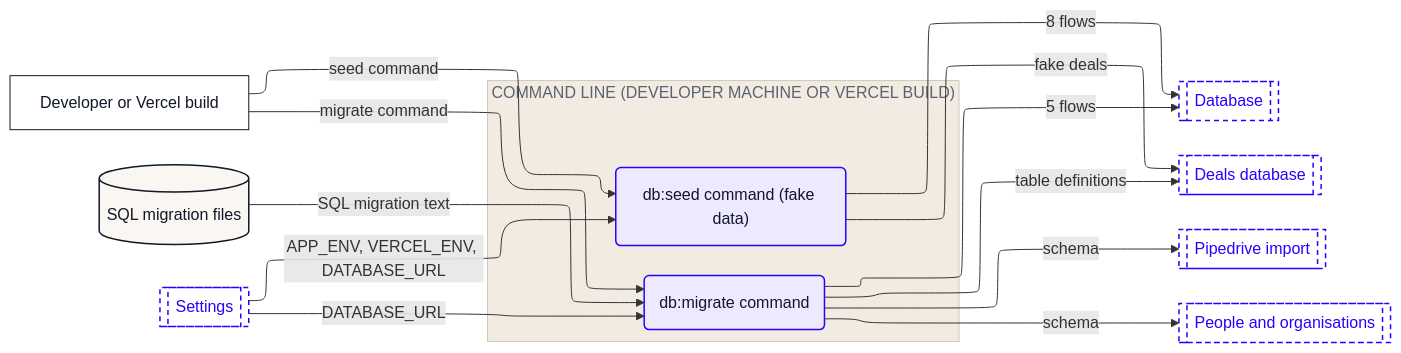
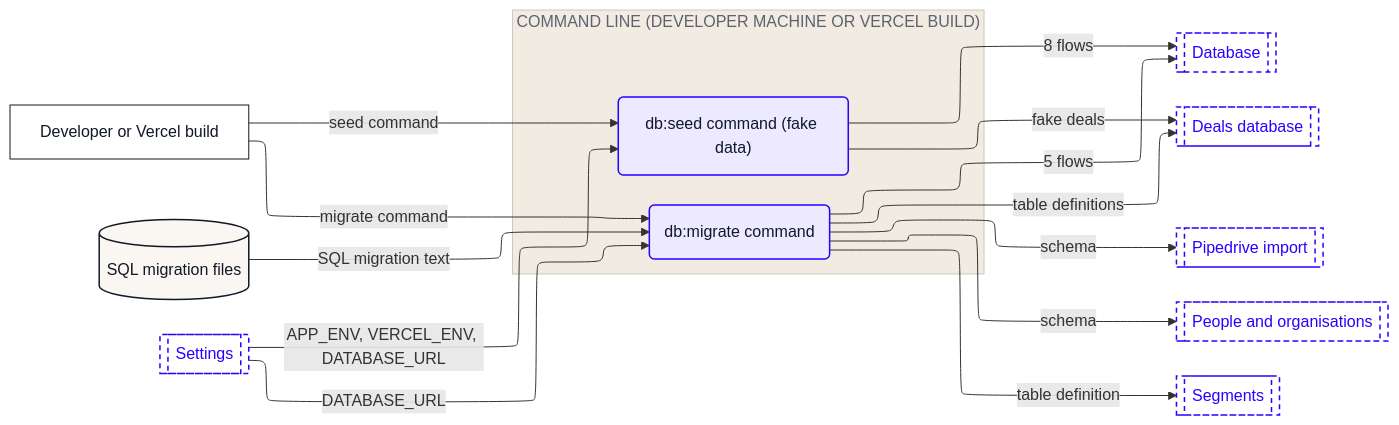
The fourth of 14 diagrams in dataflow/DATAFLOW.md (Romain-Perche/Barnacle-Pipe), drawn with Mermaid before and after one commit. The commit also changed other lines of this file and 10 other files, not shown here.

````diff
--- a/dataflow/DATAFLOW.md
+++ b/dataflow/DATAFLOW.md
@@ -292,40 +300,42 @@
 ```mermaid
 ---
 config:
   layout: elk
 ---
 flowchart LR
     n1["Developer or Vercel build"]
     n2[("SQL migration files")]
     subgraph z1["COMMAND LINE (DEVELOPER MACHINE OR VERCEL BUILD)"]
         n3("db:migrate command")
         n4("db:seed command (fake data)")
     end
     n5[["Database"]]
     n6[["Deals database"]]
     n7[["Pipedrive import"]]
     n8[["People and organisations"]]
-    n9[["Settings"]]
+    n9[["Segments"]]
+    n10[["Settings"]]
     n1 -->|"migrate command"| n3
     n1 -->|"seed command"| n4
-    n9 -->|"DATABASE_URL"| n3
-    n9 -->|"APP_ENV, VERCEL_ENV, DATABASE_URL"| n4
+    n10 -->|"DATABASE_URL"| n3
+    n10 -->|"APP_ENV, VERCEL_ENV, DATABASE_URL"| n4
     n3 -->|"5 flows"| n5
     n3 -->|"table definitions"| n6
     n3 -->|"schema"| n8
     n3 -->|"schema"| n7
+    n3 -->|"table definition"| n9
     n2 -->|"SQL migration text"| n3
     n4 -->|"8 flows"| n5
     n4 -->|"fake deals"| n6
     classDef actor fill:#FFFFFF,stroke:#111827,stroke-width:1px,color:#111827
     classDef process fill:#EDEAFF,stroke:#2B00FF,stroke-width:1.5px,color:#111827
     classDef store fill:#FAF6F1,stroke:#111827,stroke-width:1.5px,color:#111827
     classDef zone fill:#1A1A1A,stroke:#1A1A1A,color:#FFFFFF
     classDef group fill:#2B00FF,stroke:#2B00FF,color:#FFFFFF
     classDef stub fill:#FFFFFF,stroke:#2B00FF,stroke-width:1.5px,stroke-dasharray:5 4,color:#2B00FF
     class n1 actor
     class n3,n4 process
     class n2 store
-    class n5,n6,n7,n8,n9 stub
+    class n5,n6,n7,n8,n9,n10 stub
     style z1 fill:#F1EBE2,stroke:#CFC7BB,color:#5D6270
 ```
````
